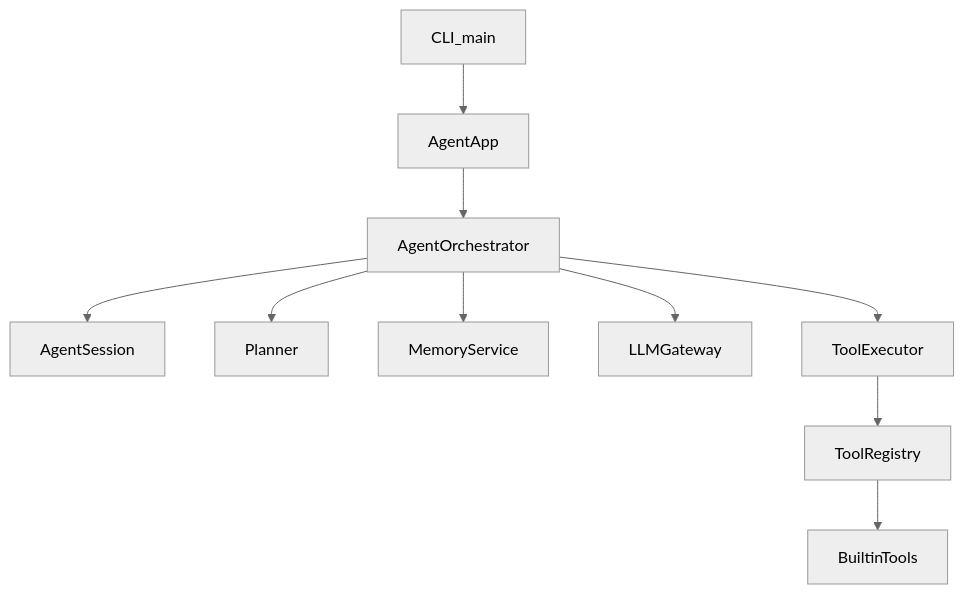
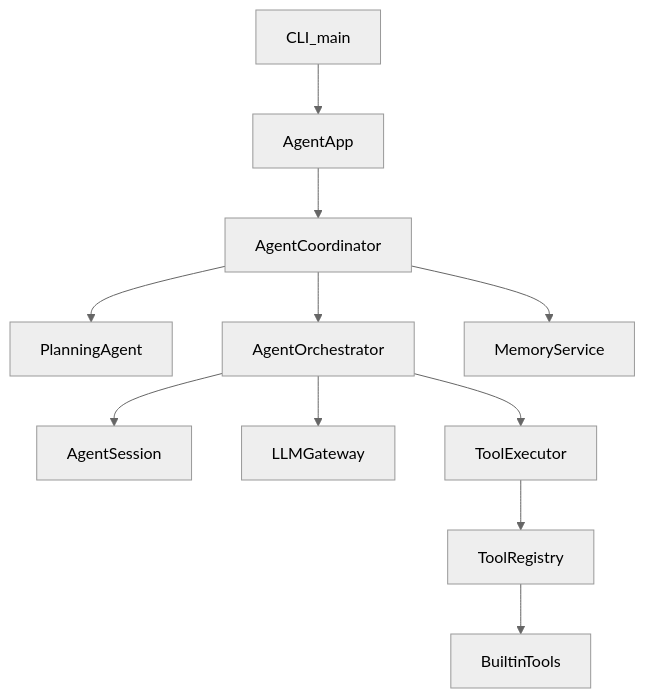
The first of 2 diagrams in docs/ARCHITECTURE.md (breakman99/Jarvis), drawn with Mermaid (neutral theme) before and after one commit. The commit also changed other lines of this file and 40 other files, not shown here.

````diff
--- a/docs/ARCHITECTURE.md
+++ b/docs/ARCHITECTURE.md
@@ -18,12 +18,13 @@
 ```mermaid
 flowchart TD
     cli[CLI_main] --> app[AgentApp]
-    app --> orchestrator[AgentOrchestrator]
+    app --> coordinator[AgentCoordinator]
+    coordinator --> planningAgent[PlanningAgent]
+    coordinator --> orchestrator[AgentOrchestrator]
     orchestrator --> session[AgentSession]
-    orchestrator --> planner[Planner]
-    orchestrator --> memory[MemoryService]
+    coordinator --> memory[MemoryService]
     orchestrator --> llm[LLMGateway]
     orchestrator --> executor[ToolExecutor]
     executor --> registry[ToolRegistry]
     registry --> builtin[BuiltinTools]
 ```
````
